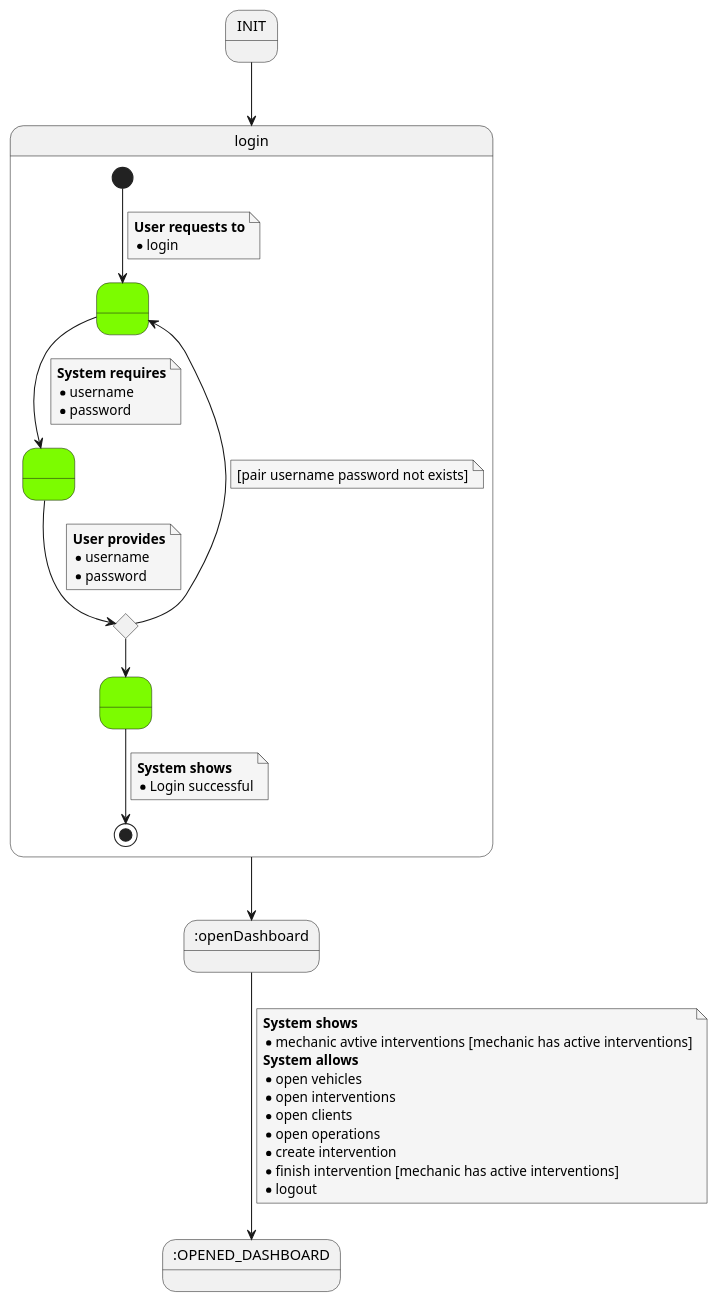
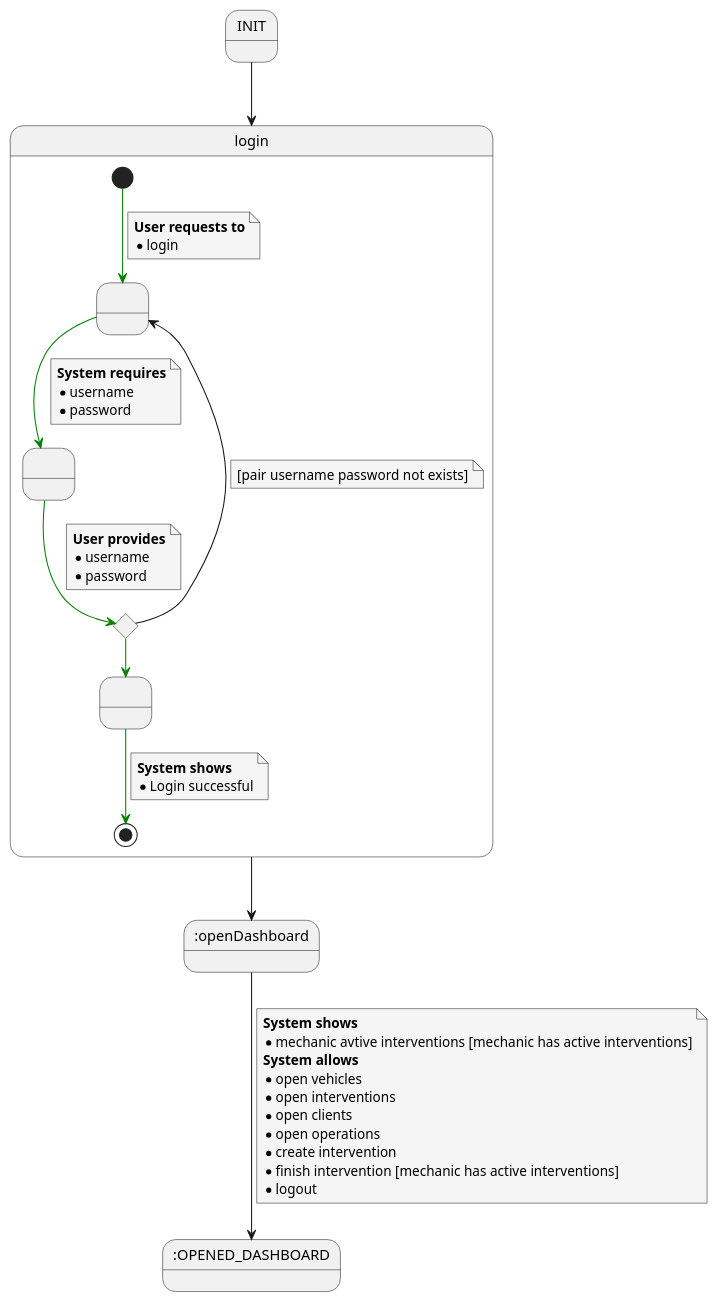
Before and after one commit to Ruskab/agrimManager: the diagram in documentation/1requiremets/usecases_specification/puml/login.puml, drawn with PlantUML. The commit also changed 3 other files, not shown here.

```diff
--- a/documentation/1requiremets/usecases_specification/puml/login.puml
+++ b/documentation/1requiremets/usecases_specification/puml/login.puml
@@ -1,72 +1,70 @@
 @startuml
     skinparam {
         NoteBackgroundColor #whiteSmoke
     }
 
 state initstate as "INIT"
 state login
 state openDashboard as ":openDashboard"
 state endstate as ":OPENED_DASHBOARD"
 
 initstate --> login
 
 state login {
 
-state 1 as " " #LawnGreen
+state 1 as " "
 state condicional <<choice>>
-state 2 as " " #LawnGreen
-state 3 as " " #LawnGreen
+state 2 as " "
+state 3 as " "
 
-[*] --> 1
+[*] -[#Green]-> 1
 note on link
 <b>User requests to</b>
 * login
 end note
 
-1 --> 2
+1 -[#Green]-> 2
 note on link
 <b>System requires</b>
 * username
 * password
 end note
 
-2 --> condicional
+2 -[#Green]-> condicional
 note on link
 <b>User provides</b>
 * username
 * password
 end note
 
 condicional --> 1
 note on link
 [pair username password not exists]
 end note
 
-condicional --> 3
+condicional -[#Green]-> 3
 
-3 --> [*]
+3 -[#Green]-> [*]
 note on link
 <b>System shows</b>
 * Login successful
 end note
-
-
 }
 
 login --> openDashboard
 
 openDashboard --> endstate
 note on link
 <b>System shows</b>
 * mechanic avtive interventions [mechanic has active interventions]
 <b>System allows</b>
 * open vehicles
 * open interventions
 * open clients
 * open operations
 * create intervention
 * finish intervention [mechanic has active interventions]
 * logout
 end note
 
 @enduml
```
